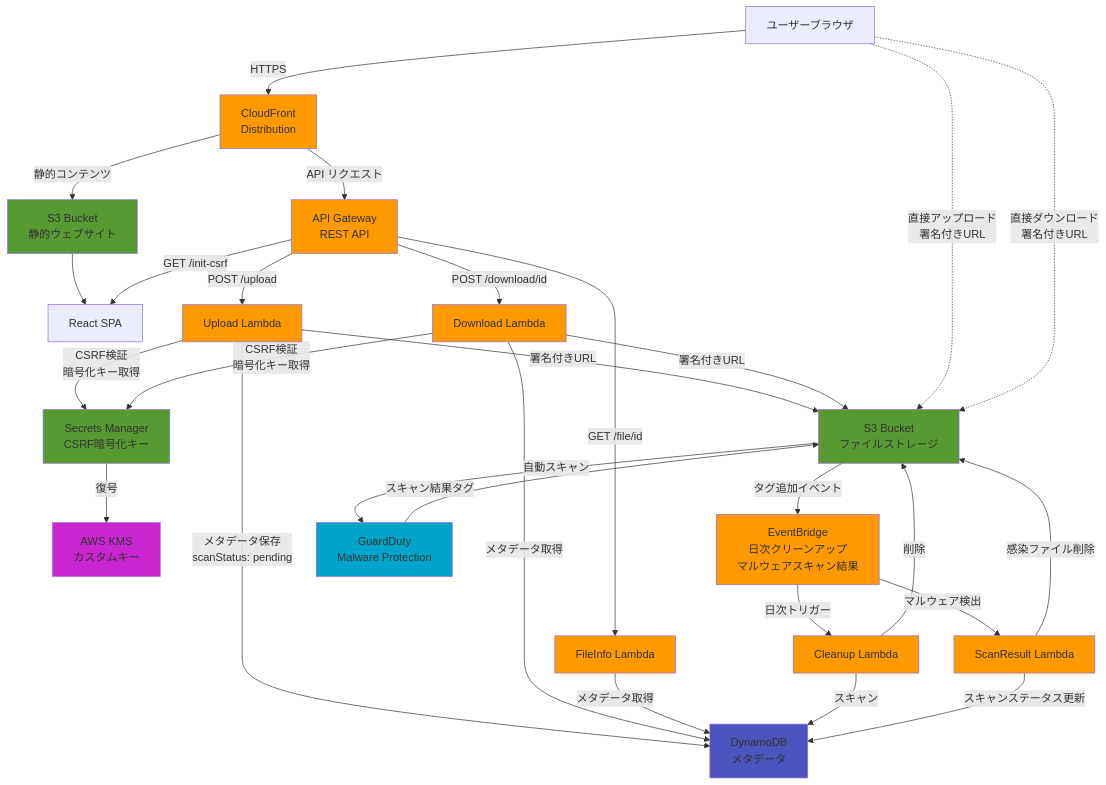
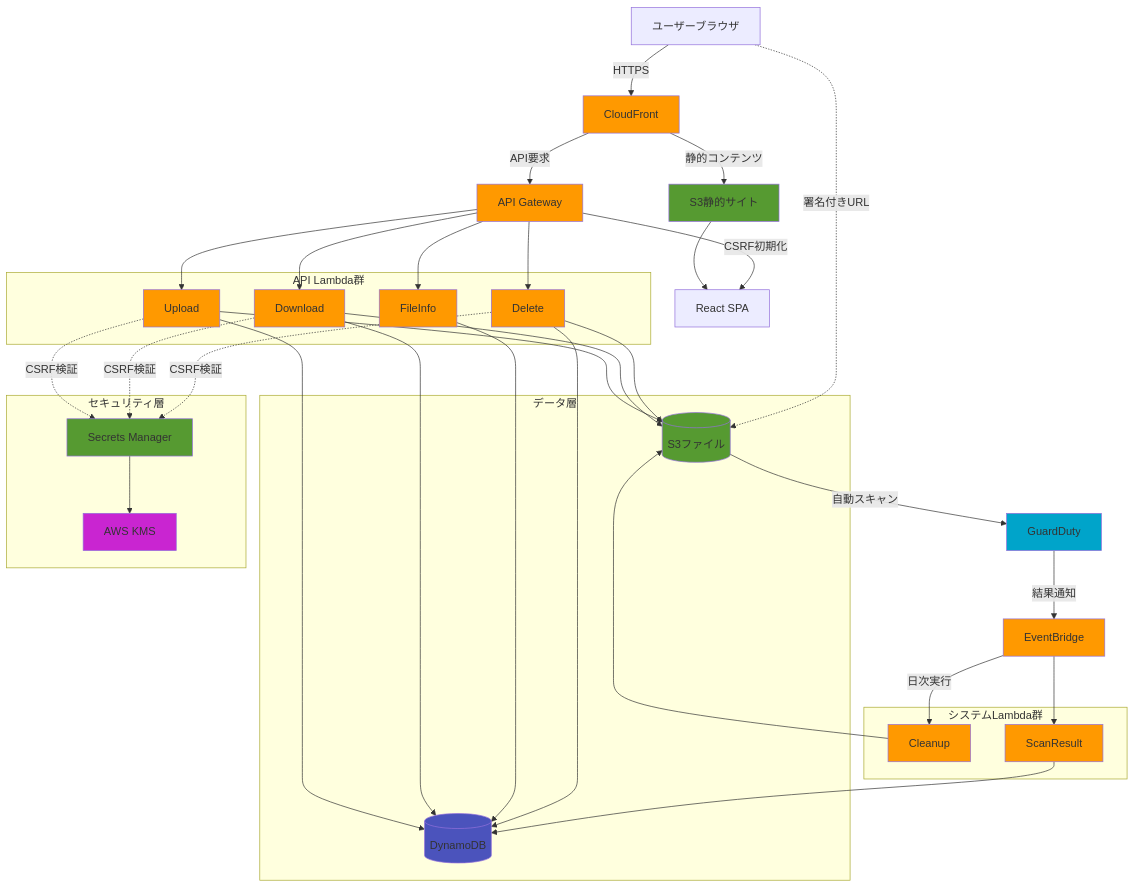
Before and after one commit to hanabiscus/file-sharing: the diagram in README.md, drawn with Mermaid. The commit also changed other lines of this file, not shown here.

Commit message:
README更新

````diff
--- a/README.md
+++ b/README.md
@@ -23,55 +24,87 @@
 ```mermaid
 graph TB
+    %% ユーザー層
     U[ユーザーブラウザ]
-    CF[CloudFront<br/>Distribution]
-    S3W[S3 Bucket<br/>静的ウェブサイト]
+    
+    %% フロントエンド配信層
+    CF[CloudFront]
+    S3W[S3静的サイト]
     REACT[React SPA]
-    APIGW[API Gateway<br/>REST API]
-    L1[Upload Lambda]
-    L2[Download Lambda]
-    L3[FileInfo Lambda]
-    L4[Cleanup Lambda]
-    L5[ScanResult Lambda]
-    S3F[S3 Bucket<br/>ファイルストレージ]
-    DDB[DynamoDB<br/>メタデータ]
-   SM[Secrets Manager<br/>CSRF暗号化キー]
-    KMS[AWS KMS<br/>カスタムキー]
-    EB[EventBridge<br/>日次クリーンアップ<br/>マルウェアスキャン結果]
-    GD[GuardDuty<br/>Malware Protection]
+    
+    %% API層
+    APIGW[API Gateway]
+    
+    %% Lambda関数群
+    subgraph "API Lambda群"
+        L1[Upload]
+        L2[Download] 
+        L3[FileInfo]
+        L6[Delete]
+    end
+    
+    subgraph "システムLambda群"
+        L4[Cleanup]
+        L5[ScanResult]
+    end
+    
+    %% データストレージ層
+    subgraph "データ層"
+        DDB[(DynamoDB)]
+        S3F[(S3ファイル)]
+    end
+    
+    %% セキュリティ・暗号化層
+    subgraph "セキュリティ層"
+        SM[Secrets Manager]
+        KMS[AWS KMS]
+    end
+    
+    %% 監視・スキャン層
+    GD[GuardDuty]
+    EB[EventBridge]
 
+    %% ユーザーフロー
     U -->|HTTPS| CF
     CF -->|静的コンテンツ| S3W
-    CF -->|API リクエスト| APIGW
+    CF -->|API要求| APIGW
     S3W --> REACT
 
-    APIGW -->|POST /upload| L1
-    APIGW -->|POST /download/id| L2
-    APIGW -->|GET /file/id| L3
-    APIGW -->|GET /init-csrf| REACT
+    %% API→Lambda
+    APIGW --> L1
+    APIGW --> L2
+    APIGW --> L3
+    APIGW --> L6
+    APIGW -->|CSRF初期化| REACT
 
-    L1 -->|メタデータ保存<br/>scanStatus: pending| DDB
-    L1 -->|署名付きURL| S3F
-    L1 -->|CSRF検証<br/>暗号化キー取得| SM
-    L2 -->|メタデータ取得| DDB
-    L2 -->|署名付きURL| S3F
-    L2 -->|CSRF検証<br/>暗号化キー取得| SM
-    L3 -->|メタデータ取得| DDB
-    SM -->|復号| KMS
+    %% Lambda→データ層
+    L1 --> DDB
+    L1 --> S3F
+    L2 --> DDB
+    L2 --> S3F
+    L3 --> DDB
+    L6 --> DDB
+    L6 --> S3F
 
+    %% CSRF検証（代表的なもののみ）
+    L1 -.->|CSRF検証| SM
+    L2 -.->|CSRF検証| SM
+    L6 -.->|CSRF検証| SM
+    SM --> KMS
+
+    %% マルウェアスキャンフロー
     S3F -->|自動スキャン| GD
-    GD -->|スキャン結果タグ| S3F
-    S3F -->|タグ追加イベント| EB
+    GD -->|結果通知| EB
+    EB --> L5
+    L5 --> DDB
 
-    EB -->|日次トリガー| L4
-    EB -->|マルウェア検出| L5
-    L4 -->|スキャン| DDB
-    L4 -->|削除| S3F
-    L5 -->|スキャンステータス更新| DDB
-    L5 -->|感染ファイル削除| S3F
+    %% クリーンアップフロー
+    EB -->|日次実行| L4
+    L4 --> S3F
 
-    U -.->|直接アップロード<br/>署名付きURL| S3F
-    U -.->|直接ダウンロード<br/>署名付きURL| S3F
+    %% 直接アップロード/ダウンロード
+    U -.->|署名付きURL| S3F
 
+    %% スタイリング
     style CF fill:#ff9900
     style APIGW fill:#ff9900
     style L1 fill:#ff9900
@@ -79,6 +112,7 @@
     style L3 fill:#ff9900
     style L4 fill:#ff9900
     style L5 fill:#ff9900
+    style L6 fill:#ff9900
     style S3W fill:#569a31
     style S3F fill:#569a31
     style DDB fill:#4b53bc
````
